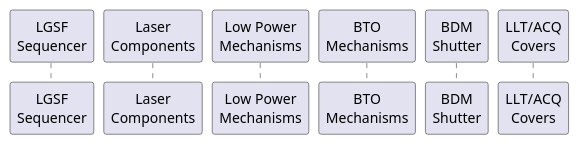
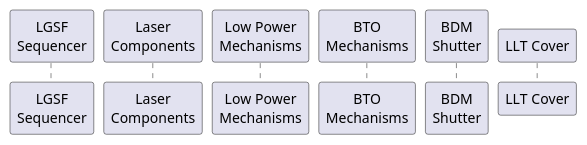
The diagram in design/diagrams/lgsf_participants.puml (tmtsoftware/aoesw), drawn with PlantUML before and after one commit. The commit also changed 3 other files, not shown here.

```diff
--- a/design/diagrams/lgsf_participants.puml
+++ b/design/diagrams/lgsf_participants.puml
@@ -1,6 +1,6 @@
 participant "LGSF\nSequencer" as seq
 participant "Laser\nComponents" as laser
 participant "Low Power\nMechanisms" as lpm
 participant "BTO\nMechanisms" as bto
 participant "BDM\nShutter" as bdm
-participant "LLT/ACQ\nCovers" as llt
+participant "LLT Cover" as llt
```
